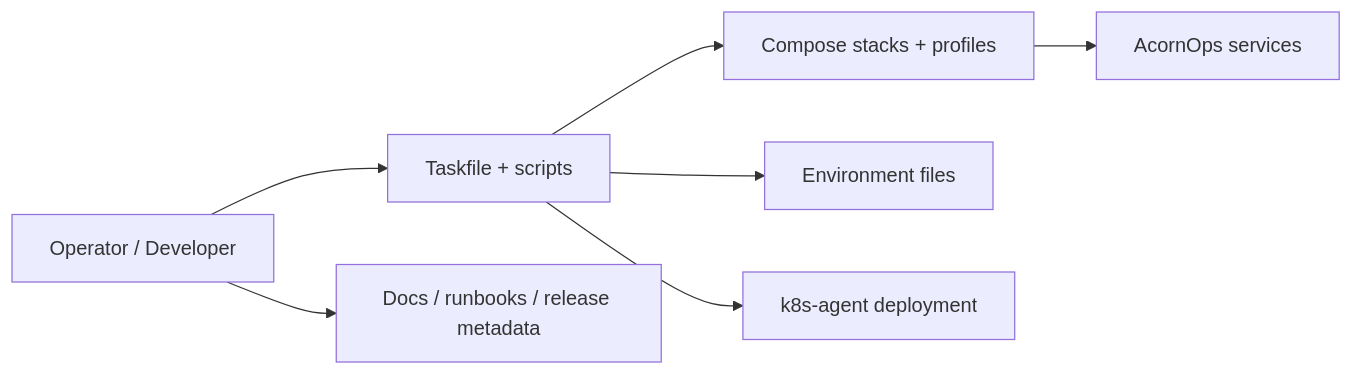
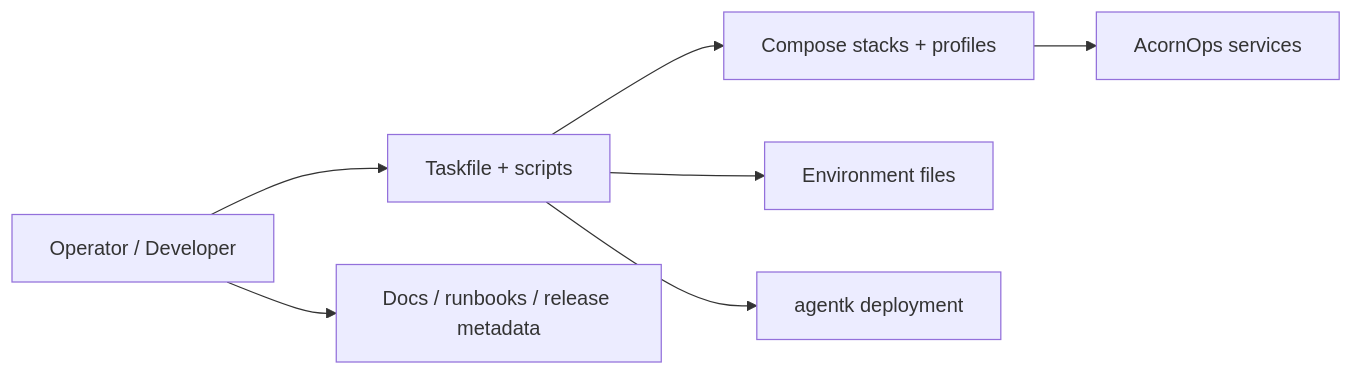
Before and after one commit to acornops/acornops-deployment: the first of 2 diagrams in ARCHITECTURE.md, drawn with Mermaid. The commit also changed other lines of this file and 31 other files, not shown here.

````diff
--- a/ARCHITECTURE.md
+++ b/ARCHITECTURE.md
@@ -19,17 +19,17 @@
 ```mermaid
 flowchart LR
     Operator[Operator / Developer]
     Task[Taskfile + scripts]
     Compose[Compose stacks + profiles]
     Env[Environment files]
     Stack[AcornOps services]
-    Agent[k8s-agent deployment]
+    Agent[agentk deployment]
     Runbooks[Docs / runbooks / release metadata]
 
     Operator --> Task
     Task --> Compose
     Task --> Env
     Compose --> Stack
     Task --> Agent
     Operator --> Runbooks
 ```
````
